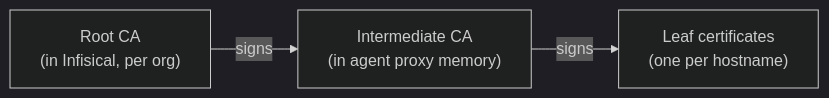
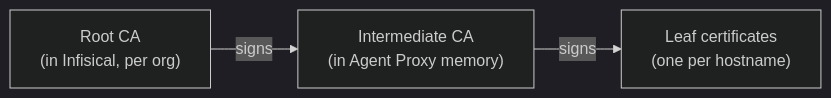
Before and after one commit to Infisical/infisical: the diagram in docs/documentation/platform/agent-proxy/security.mdx, drawn with Mermaid (dark theme). The commit also changed other lines of this file and 22 other files, not shown here.

Commit message:
docs(agent-proxy): revamp security & quickstart pages, refresh screenshots

````diff
--- a/docs/documentation/platform/agent-proxy/security.mdx
+++ b/docs/documentation/platform/agent-proxy/security.mdx
@@ -47,5 +116,5 @@
 ```mermaid
 flowchart LR
-    A["Root CA<br/>(in Infisical, per org)"] -->|signs| B["Intermediate CA<br/>(in agent proxy memory)"]
+    A["Root CA<br/>(in Infisical, per org)"] -->|signs| B["Intermediate CA<br/>(in Agent Proxy memory)"]
     B -->|signs| C["Leaf certificates<br/>(one per hostname)"]
 ```
````
